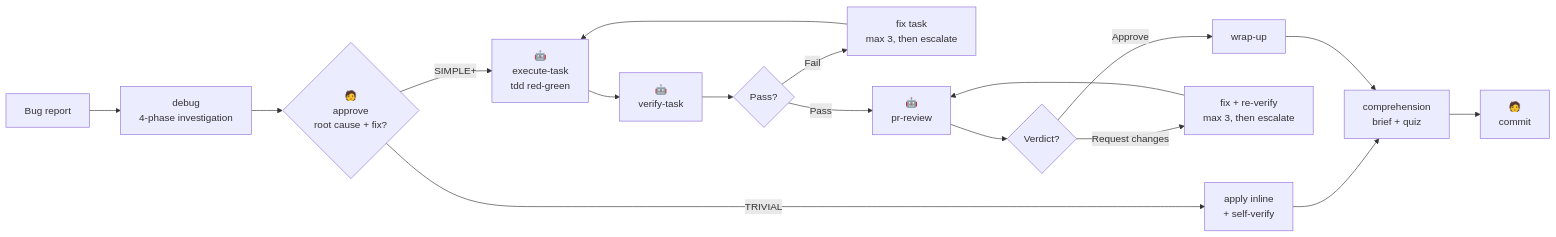
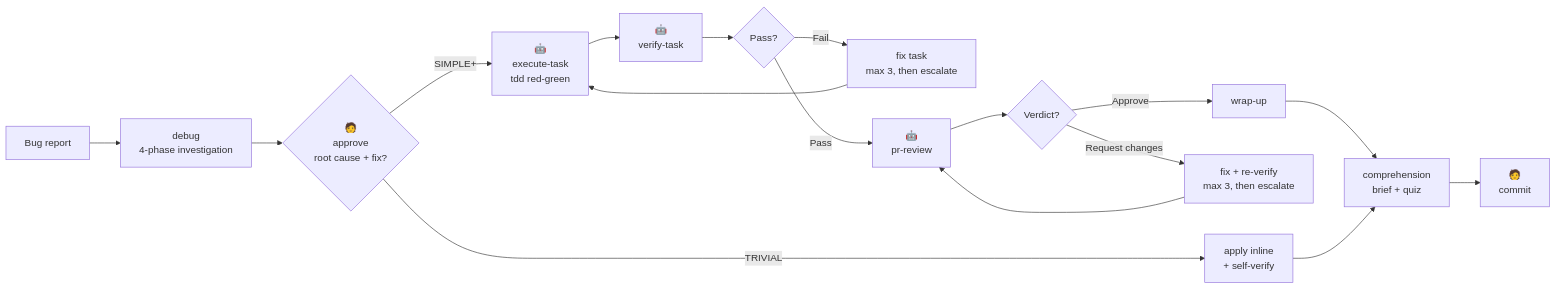
Before and after one commit to precise-alloy/ritus-demo: the fifth of 6 diagrams in slides.md, drawn with Mermaid. The commit also changed other lines of this file, not shown here.

````diff
--- a/slides.md
+++ b/slides.md
@@ -264,19 +260,19 @@
 ```mermaid {scale: 0.38}
 flowchart LR
   B[Bug report] --> D["debug\n4-phase investigation"]
   D --> G{"🧑\napprove\nroot cause + fix?"}
-  G -->|TRIVIAL| I["apply inline\n+ self-verify"]
-  I --> CMP
+  VC -->|Fail| VX["fix task\nmax 3, then escalate"]
   G -->|SIMPLE+| E["🤖\nexecute-task\ntdd red-green"]
+  VC -->|Pass| PR["🤖\npr-review"]
+  VX --> E
+  PR --> VD{Verdict?}
   E --> V["🤖\nverify-task"]
   V --> VC{Pass?}
-  VC -->|Fail| VX["fix task\nmax 3, then escalate"]
-  VX --> E
-  VC -->|Pass| PR["🤖\npr-review"]
-  PR --> VD{Verdict?}
+  WU --> CMP["comprehension\nbrief + quiz"]
   VD -->|Request changes| FX["fix + re-verify\nmax 3, then escalate"]
   FX --> PR
   VD -->|Approve| WU[wrap-up]
-  WU --> CMP["comprehension\nbrief + quiz"]
+  G -->|TRIVIAL| I["apply inline\n+ self-verify"]
+  I --> CMP
   CMP --> H["🧑\ncommit"]
 ```
````
